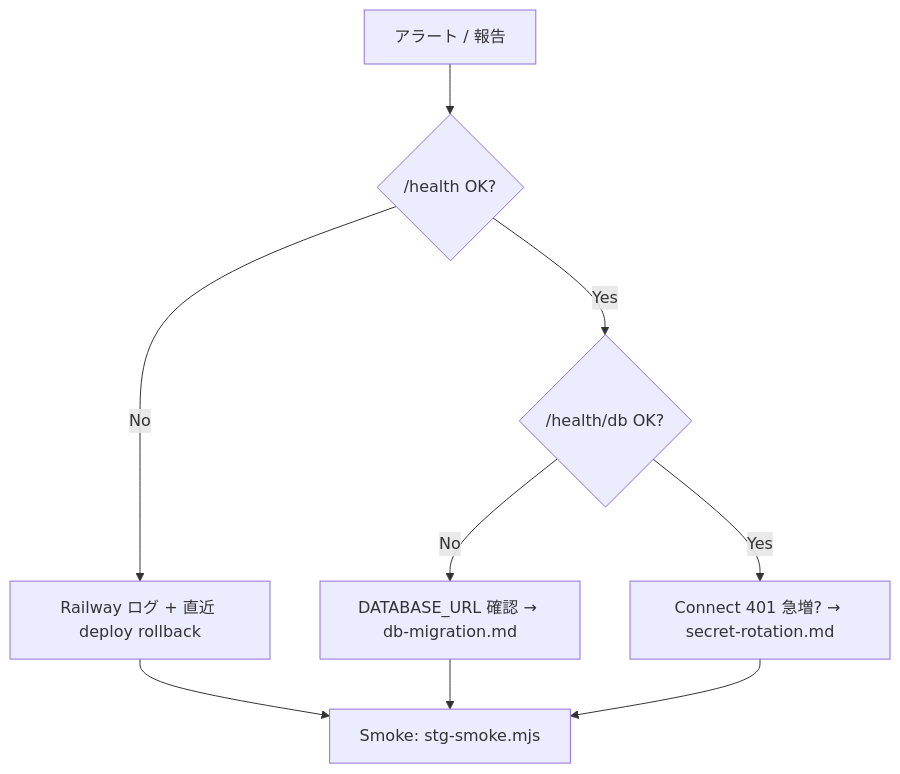
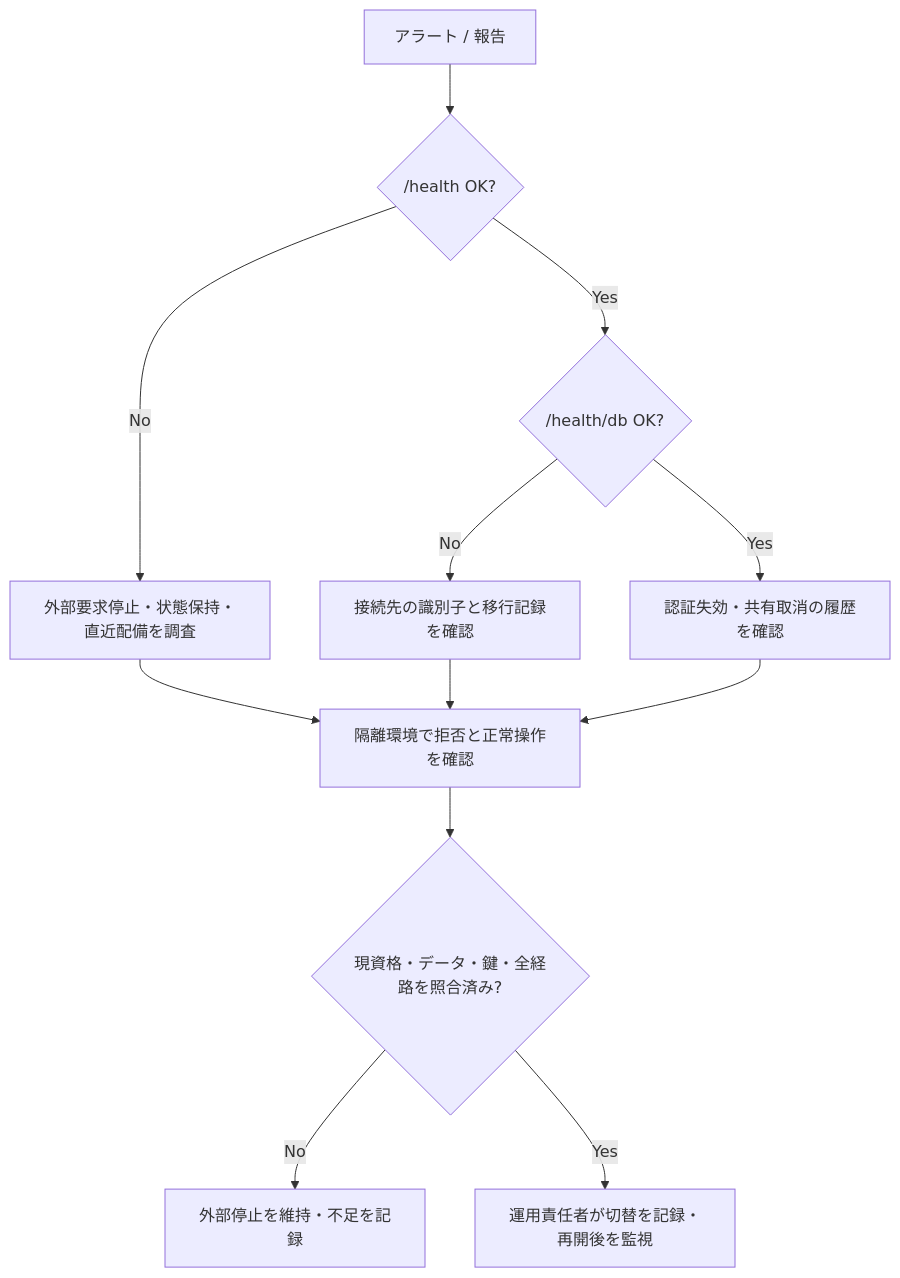
Before and after one commit to AutoDevJapan/PassShare: the diagram in documents/runbooks/operations.md, drawn with Mermaid. The commit also changed other lines of this file and 2 other files, not shown here.

````diff
--- a/documents/runbooks/operations.md
+++ b/documents/runbooks/operations.md
@@ -21,11 +25,14 @@
 ```mermaid
 flowchart TD
   A[アラート / 報告] --> B{/health OK?}
-  B -->|No| C[Railway ログ + 直近 deploy rollback]
+  B -->|No| C[外部要求停止・状態保持・直近配備を調査]
   B -->|Yes| D{/health/db OK?}
-  D -->|No| E[DATABASE_URL 確認 → db-migration.md]
-  D -->|Yes| F[Connect 401 急増? → secret-rotation.md]
-  F --> G[Smoke: stg-smoke.mjs]
+  D -->|No| E[接続先の識別子と移行記録を確認]
+  D -->|Yes| F[認証失効・共有取消の履歴を確認]
+  F --> G[隔離環境で拒否と正常操作を確認]
   C --> G
   E --> G
+  G --> H{現資格・データ・鍵・全経路を照合済み?}
+  H -->|No| I[外部停止を維持・不足を記録]
+  H -->|Yes| J[運用責任者が切替を記録・再開後を監視]
 ```
````
